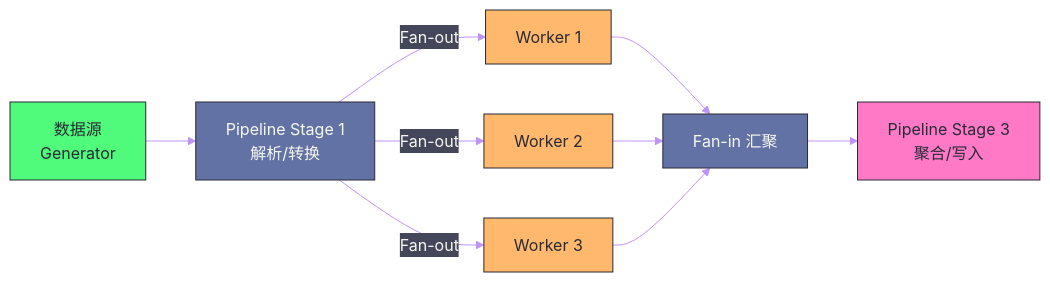
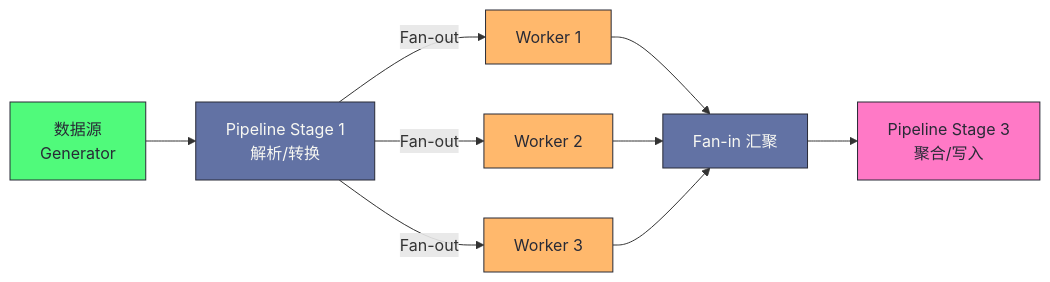
Before and after one commit to hpliStartAgain/my-brain: the diagram in content/Golang/Go并发编程/06 Go 并发模式——Pipeline、Fan-out Fan-in 与 Worker Pool.md, drawn with Mermaid. The commit also changed other lines of this file and 30 other files, not shown here.

````diff
--- a/content/Golang/Go并发编程/06 Go 并发模式——Pipeline、Fan-out Fan-in 与 Worker Pool.md
+++ b/content/Golang/Go并发编程/06 Go 并发模式——Pipeline、Fan-out Fan-in 与 Worker Pool.md
@@ -536,25 +554,25 @@
 ```mermaid
-%%{init: {'theme': 'base', 'themeVariables': {'primaryColor': '#6272a4', 'primaryTextColor': '#f8f8f2', 'primaryBorderColor': '#44475a', 'lineColor': '#bd93f9', 'secondaryColor': '#44475a', 'background': '#282a36'}}}%%
+%%{init: {'theme': 'dracula'}}%%
 graph LR
     classDef source fill:#50fa7b,stroke:#282a36,color:#282a36
     classDef stage fill:#6272a4,stroke:#282a36,color:#f8f8f2
     classDef worker fill:#ffb86c,stroke:#282a36,color:#282a36
     classDef sink fill:#ff79c6,stroke:#282a36,color:#282a36
 
     A["数据源</br>Generator"]:::source
     B["Pipeline Stage 1</br>解析/转换"]:::stage
     C1["Worker 1"]:::worker
     C2["Worker 2"]:::worker
     C3["Worker 3"]:::worker
     D["Fan-in 汇聚"]:::stage
     E["Pipeline Stage 3</br>聚合/写入"]:::sink
 
     A --> B
     B -->|"Fan-out"| C1
     B -->|"Fan-out"| C2
     B -->|"Fan-out"| C3
     C1 --> D
     C2 --> D
     C3 --> D
     D --> E
 ```
````
